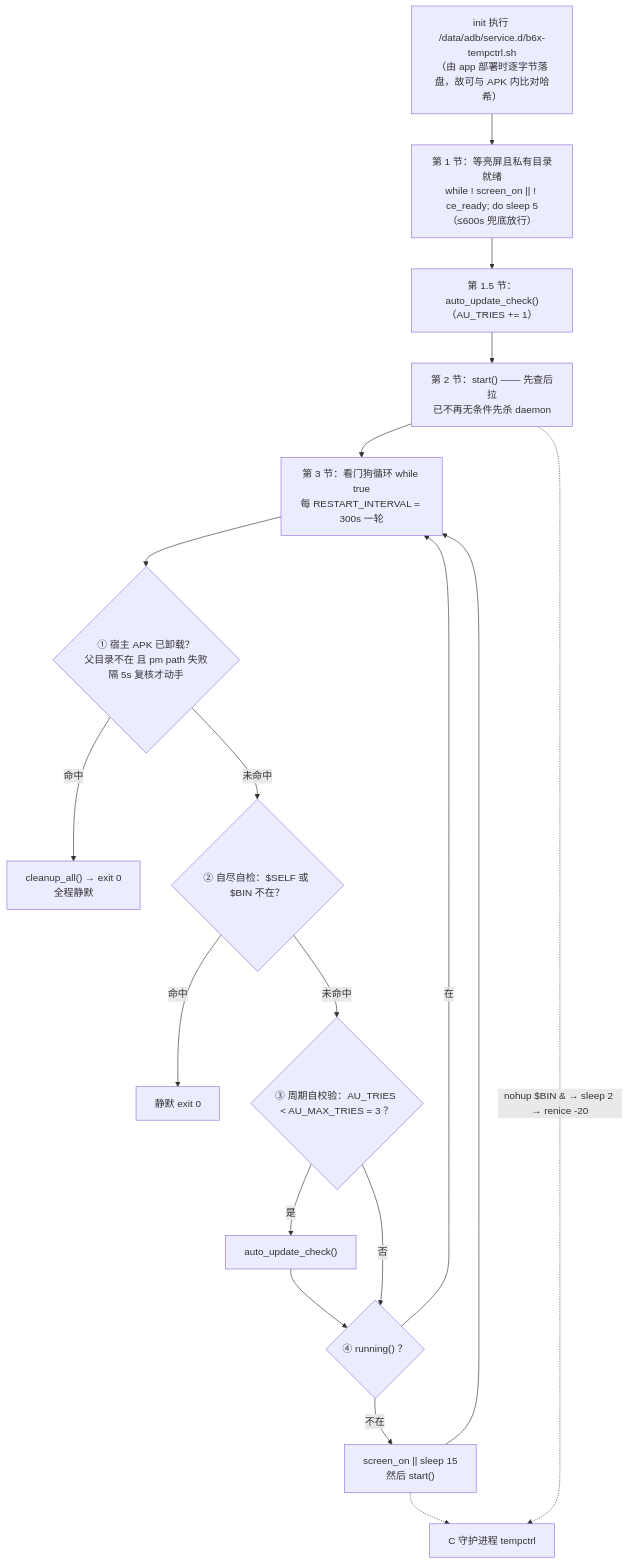
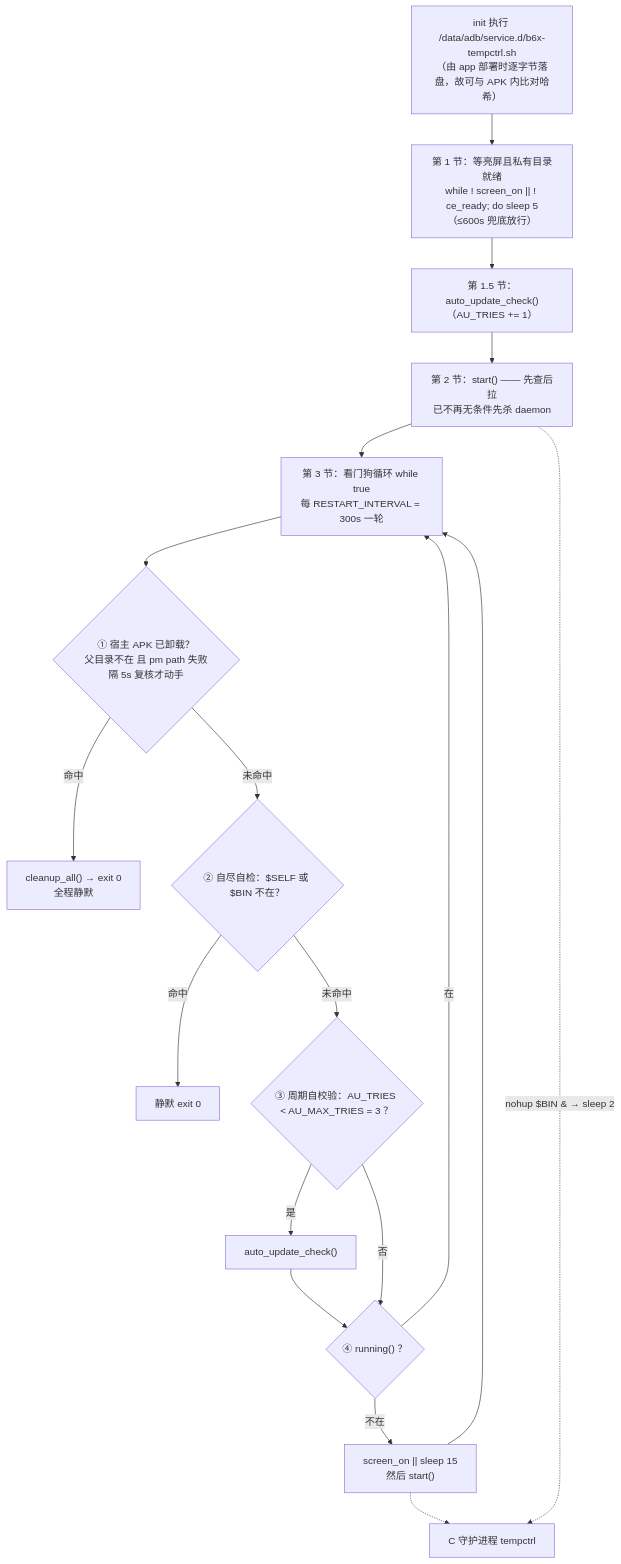
The first of 3 diagrams in 逻辑图/看门狗运行流程.md (mengdao10086/b6x-Enhancement-Plan-ai), drawn with Mermaid before and after one commit. The commit also changed other lines of this file and 19 other files, not shown here.

````diff
--- a/逻辑图/看门狗运行流程.md
+++ b/逻辑图/看门狗运行流程.md
@@ -8,21 +8,21 @@
 ```mermaid
 flowchart TD
     A["init 执行 /data/adb/service.d/b6x-tempctrl.sh<br/>（由 app 部署时逐字节落盘，故可与 APK 内比对哈希）"] --> B
     B["第 1 节：等亮屏且私有目录就绪<br/>while ! screen_on || ! ce_ready; do sleep 5<br/>（≤600s 兜底放行）"] --> C
     C["第 1.5 节：auto_update_check()<br/>（AU_TRIES += 1）"] --> D
     D["第 2 节：start() —— 先查后拉<br/>已不再无条件先杀 daemon"] --> E
     E["第 3 节：看门狗循环 while true<br/>每 RESTART_INTERVAL = 300s 一轮"] --> F
     F{"① 宿主 APK 已卸载？<br/>父目录不在 且 pm path 失败<br/>隔 5s 复核才动手"} -->|命中| F1["cleanup_all() → exit 0<br/>全程静默"]
     F -->|未命中| G
     G{"② 自尽自检：$SELF 或 $BIN 不在？"} -->|命中| G1["静默 exit 0"]
     G -->|未命中| H
     H{"③ 周期自校验：AU_TRIES < AU_MAX_TRIES = 3 ？"} -->|是| H1["auto_update_check()"]
     H -->|否| I
     H1 --> I
     I{"④ running() ？"} -->|在| E
     I -->|不在| I1["screen_on || sleep 15<br/>然后 start()"]
     I1 --> E
 
-    D -.->|"nohup $BIN & → sleep 2 → renice -20"| J["C 守护进程 tempctrl"]
+    D -.->|"nohup $BIN & → sleep 2"| J["C 守护进程 tempctrl"]
     I1 -.-> J
 ```
````
